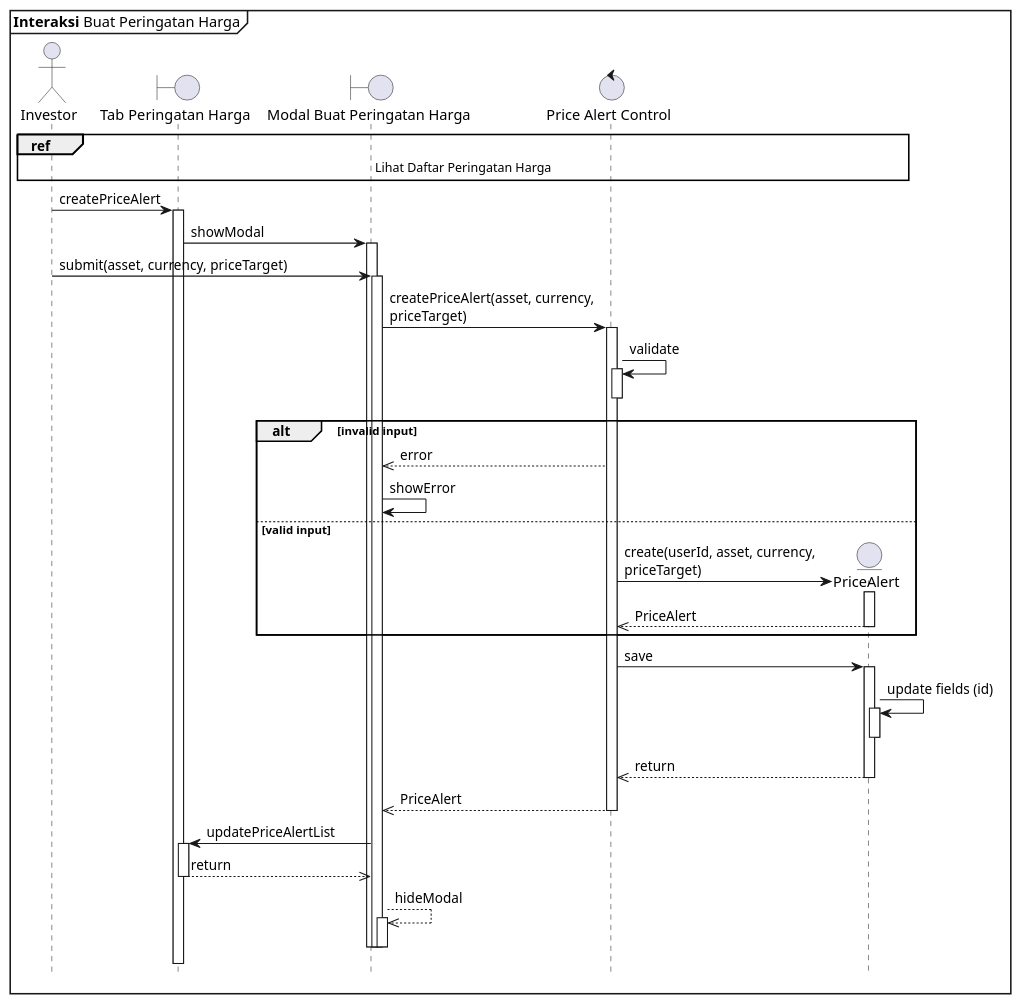
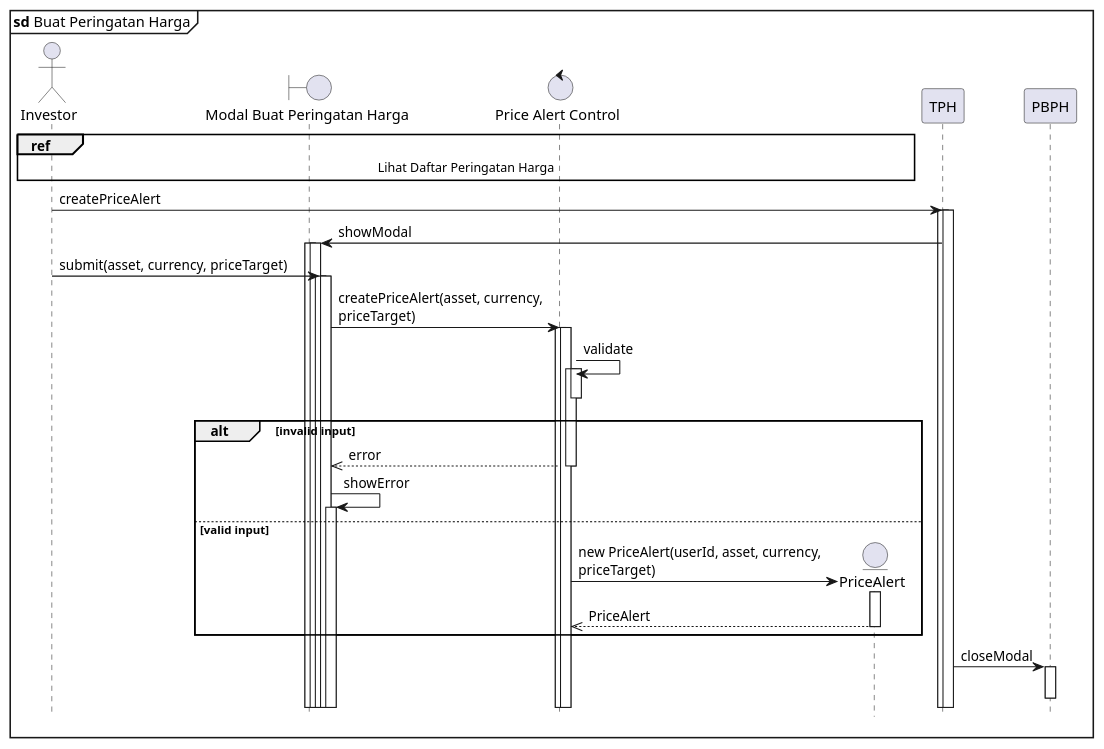
One commit to clarestarahma/manajemen-investasi changed the diagram in sequence/buat-peringatan-harga.puml. Above: the diagram before and after it, drawn with PlantUML. The commit also changed 7 other files, not shown here.

Commit message:
mengubah README.md, config, dan sequence diagram

```diff
--- a/sequence/buat-peringatan-harga.puml
+++ b/sequence/buat-peringatan-harga.puml
@@ -1,70 +1,49 @@
 @startuml Sequence
 
 skinparam maxMessageSize 250
+
 hide footbox
+autoactivate on
 
-mainframe **Interaksi** Buat Peringatan Harga
+mainframe **sd** Buat Peringatan Harga
 
 actor Investor as I
-boundary "Tab Peringatan Harga" as TPH
 boundary "Modal Buat Peringatan Harga" as MBPH
 control "Price Alert Control" as PAC
 entity "PriceAlert" as PA
 
 ref over I, PA : Lihat Daftar Peringatan Harga
 
 ' User opens the price alert modal
 I -> TPH : createPriceAlert
 activate TPH
 
 TPH -> MBPH : showModal
 activate MBPH
 
 'User submits form
 I -> MBPH : submit(asset, currency, priceTarget)
 activate MBPH
 
 MBPH -> PAC : createPriceAlert(asset, currency, priceTarget)
 activate PAC
 
 'Validation step
 PAC -> PAC : validate
 activate PAC
 deactivate PAC
 
 alt invalid input
   PAC -->> MBPH : error
   MBPH -> MBPH : showError
 else valid input
   'Create and save the PriceAlert entity
-  PAC -> PA ** : create(userId, asset, currency, priceTarget)
+  PAC -> PA ** : new PriceAlert(userId, asset, currency, priceTarget)
   activate PA
   PA -->> PAC : PriceAlert
   deactivate PA
 end
 
-  PAC -> PA : save
-  activate PA
-  PA -> PA : update fields (id)
-  activate PA
-  deactivate PA
-  PA -->> PAC : return
-  deactivate PA
-
-  PAC -->> MBPH : PriceAlert
-  deactivate PAC
-
-  'Update UI and close modal
-  MBPH -> TPH : updatePriceAlertList
-  activate TPH
-
-  TPH -->> MBPH : return
-  deactivate TPH
-
-  MBPH -->> MBPH : hideModal
-  activate MBPH
-  deactivate MBPH
-  deactivate MBPH
-  deactivate MBPH
-
+TPH -> PBPH : closeModal
+deactivate PBPH
 @enduml
```
